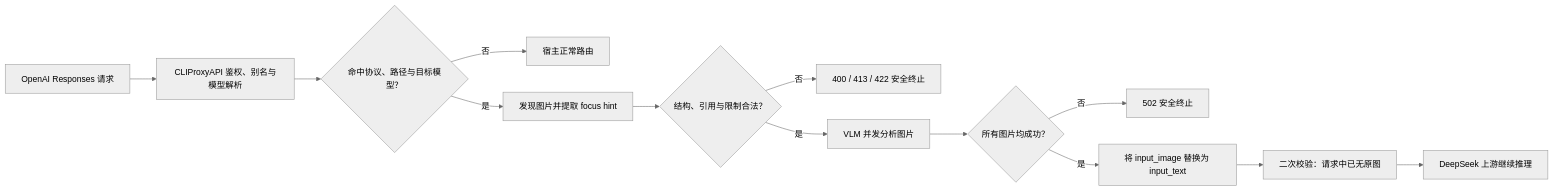
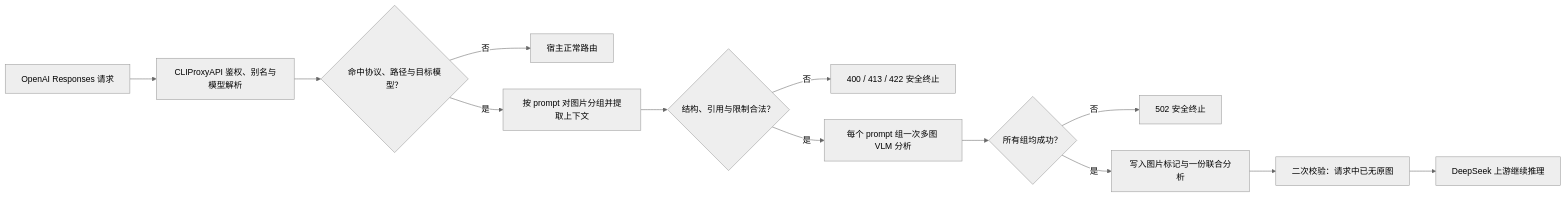
One commit to Zesuy/Plugin-Deepseek-Vision changed the diagram in README.md. Above: the diagram before and after it, drawn with Mermaid (neutral theme). The commit also changed other lines of this file and 26 other files, not shown here.

````diff
--- a/README.md
+++ b/README.md
@@ -76,15 +76,15 @@
 ```mermaid
 flowchart LR
     A["OpenAI Responses 请求"] --> B["CLIProxyAPI 鉴权、别名与模型解析"]
     B --> C{"命中协议、路径与目标模型？"}
     C -- "否" --> D["宿主正常路由"]
-    C -- "是" --> E["发现图片并提取 focus hint"]
+    C -- "是" --> E["按 prompt 对图片分组并提取上下文"]
     E --> V{"结构、引用与限制合法？"}
     V -- "否" --> H["400 / 413 / 422 安全终止"]
-    V -- "是" --> F["VLM 并发分析图片"]
-    F --> G{"所有图片均成功？"}
+    V -- "是" --> F["每个 prompt 组一次多图 VLM 分析"]
+    F --> G{"所有组均成功？"}
     G -- "否" --> X["502 安全终止"]
-    G -- "是" --> I["将 input_image 替换为 input_text"]
+    G -- "是" --> I["写入图片标记与一份联合分析"]
     I --> J["二次校验：请求中已无原图"]
     J --> K["DeepSeek 上游继续推理"]
 ```
````
